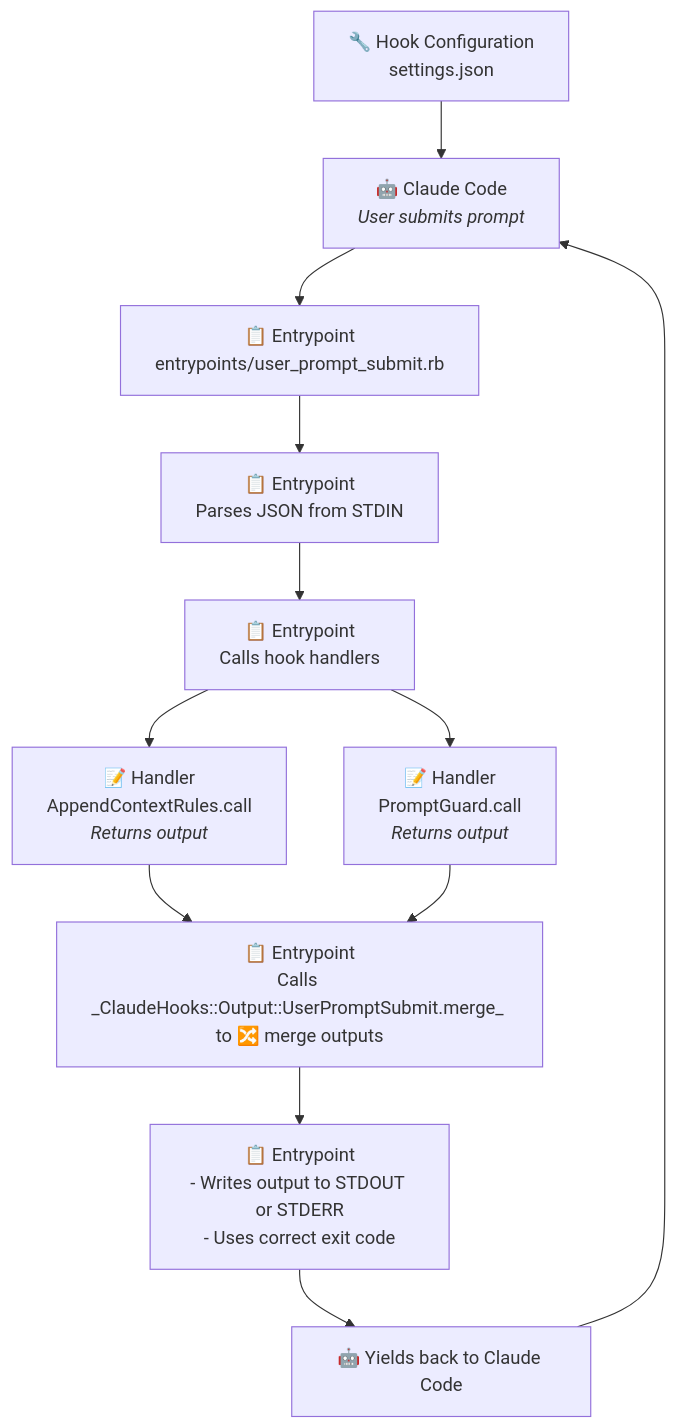
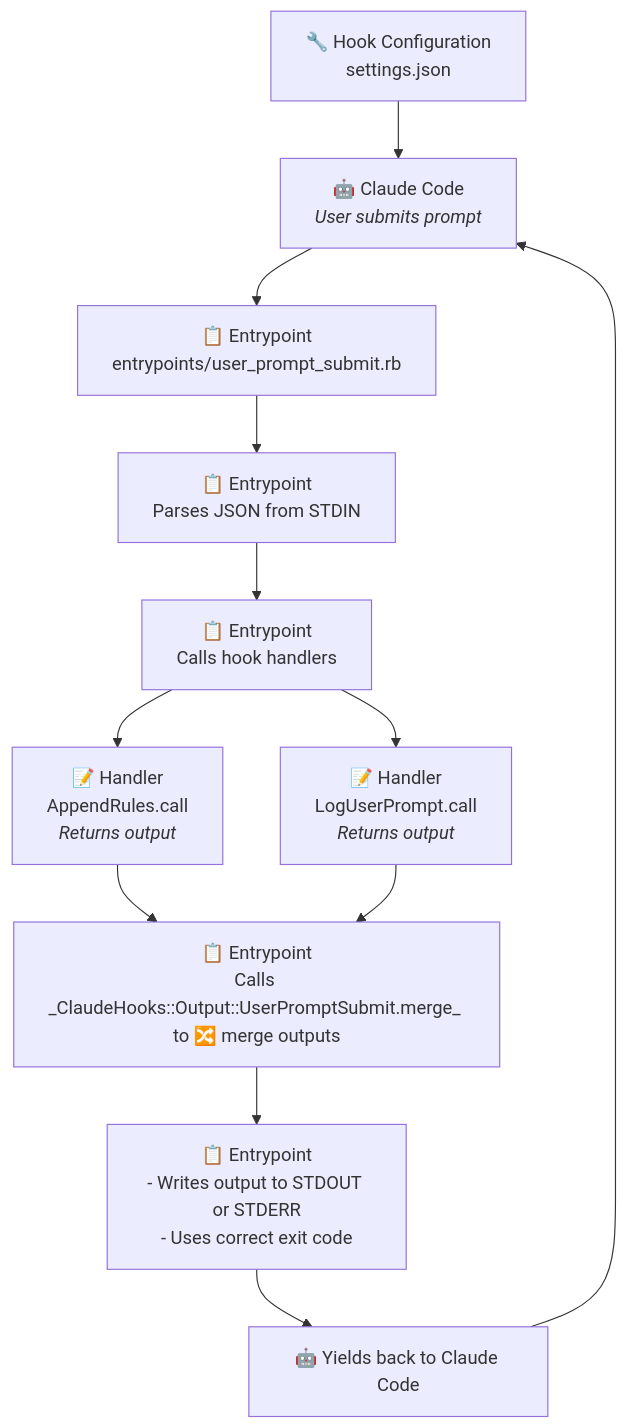
Before and after one commit to gabriel-dehan/claude_hooks: the second of 2 diagrams in README.md, drawn with Mermaid. The commit also changed other lines of this file and 15 other files, not shown here.

````diff
--- a/README.md
+++ b/README.md
@@ -328,18 +356,18 @@
 ```mermaid
 graph TD
   A[🔧 Hook Configuration<br/>settings.json] --> B
   B[🤖 Claude Code<br/><em>User submits prompt</em>] --> C[📋 Entrypoint<br />entrypoints/user_prompt_submit.rb]
 
   C --> D[📋 Entrypoint<br />Parses JSON from STDIN]
   D --> E[📋 Entrypoint<br />Calls hook handlers]
 
-  E --> F[📝 Handler<br />AppendContextRules.call<br/><em>Returns output</em>]
-  E --> G[📝 Handler<br />PromptGuard.call<br/><em>Returns output</em>]
+  E --> F[📝 Handler<br />AppendRules.call<br/><em>Returns output</em>]
+  E --> G[📝 Handler<br />LogUserPrompt.call<br/><em>Returns output</em>]
 
   F --> J[📋 Entrypoint<br />Calls _ClaudeHooks::Output::UserPromptSubmit.merge_ to 🔀 merge outputs]
   G --> J
 
   J --> K[📋 Entrypoint<br />- Writes output to STDOUT or STDERR<br />- Uses correct exit code]
   K --> L[🤖 Yields back to Claude Code]
   L --> B
 ```
````
